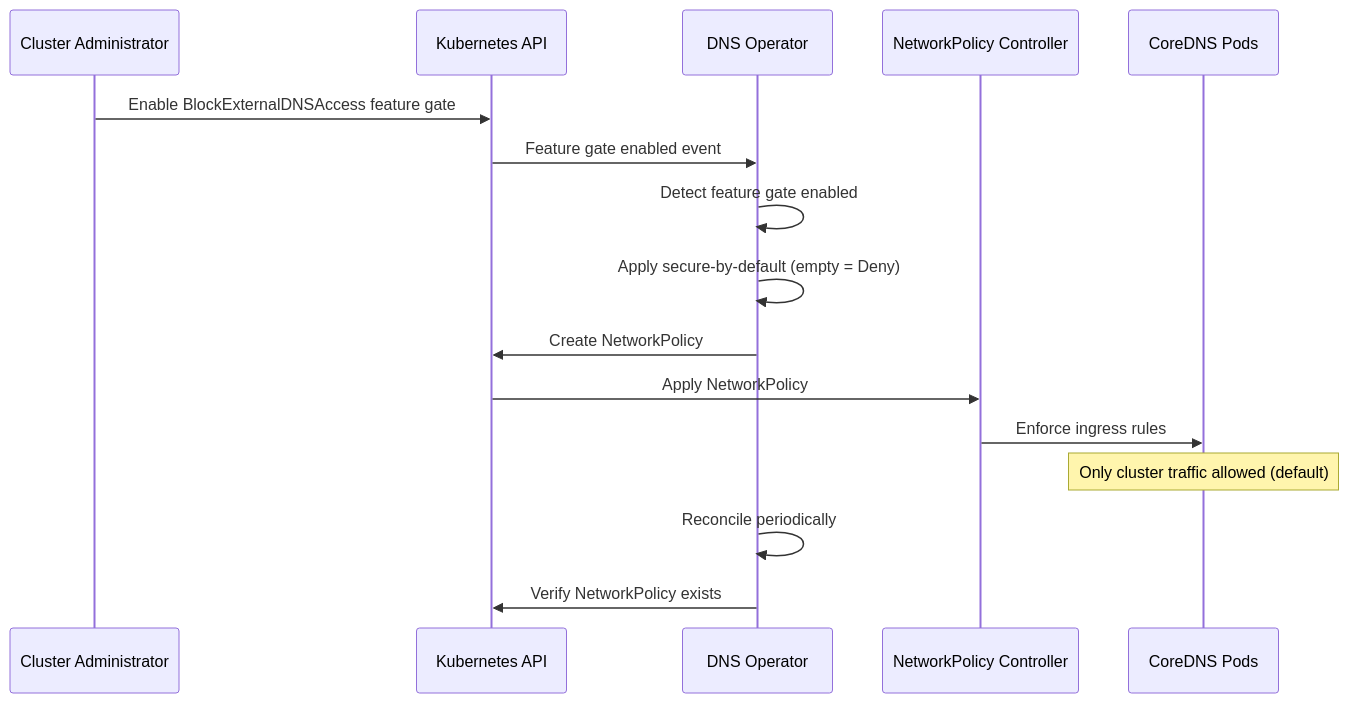
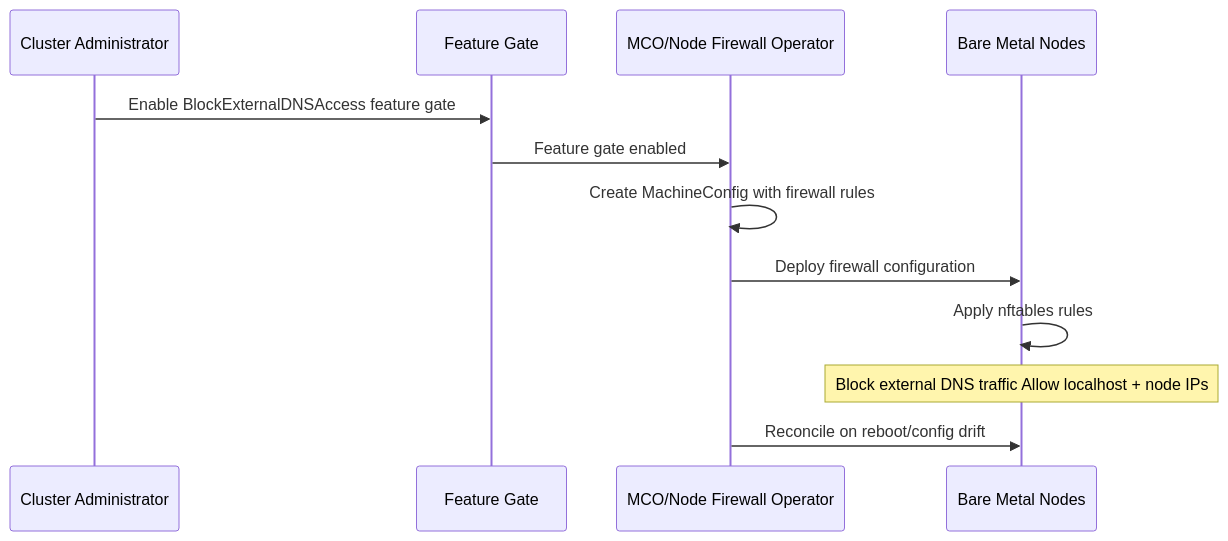
The diagram in enhancements/network/block-external-access-to-coredns.md (openshift/enhancements), drawn with Mermaid before and after one commit. The commit also changed other lines of this file, not shown here.

````diff
--- a/enhancements/network/block-external-access-to-coredns.md
+++ b/enhancements/network/block-external-access-to-coredns.md
@@ -166,19 +277,15 @@
 ```mermaid
 sequenceDiagram
     participant Admin as Cluster Administrator
-    participant API as Kubernetes API
-    participant DNSOp as DNS Operator
-    participant NP as NetworkPolicy Controller
-    participant CoreDNS as CoreDNS Pods
+    participant FG as Feature Gate
+    participant MCO as MCO/Node Firewall Operator
+    participant Node as Bare Metal Nodes
 
-    Admin->>API: Enable BlockExternalDNSAccess feature gate
-    API->>DNSOp: Feature gate enabled event
-    DNSOp->>DNSOp: Detect feature gate enabled
-    DNSOp->>DNSOp: Apply secure-by-default (empty = Deny)
-    DNSOp->>API: Create NetworkPolicy
-    API->>NP: Apply NetworkPolicy
-    NP->>CoreDNS: Enforce ingress rules
-    Note over CoreDNS: Only cluster traffic allowed (default)
-    DNSOp->>DNSOp: Reconcile periodically
-    DNSOp->>API: Verify NetworkPolicy exists
+    Admin->>FG: Enable BlockExternalDNSAccess feature gate
+    FG->>MCO: Feature gate enabled
+    MCO->>MCO: Create MachineConfig with firewall rules
+    MCO->>Node: Deploy firewall configuration
+    Node->>Node: Apply nftables rules
+    Note over Node: Block external DNS traffic Allow localhost + node IPs
+    MCO->>Node: Reconcile on reboot/config drift
 ```
````
